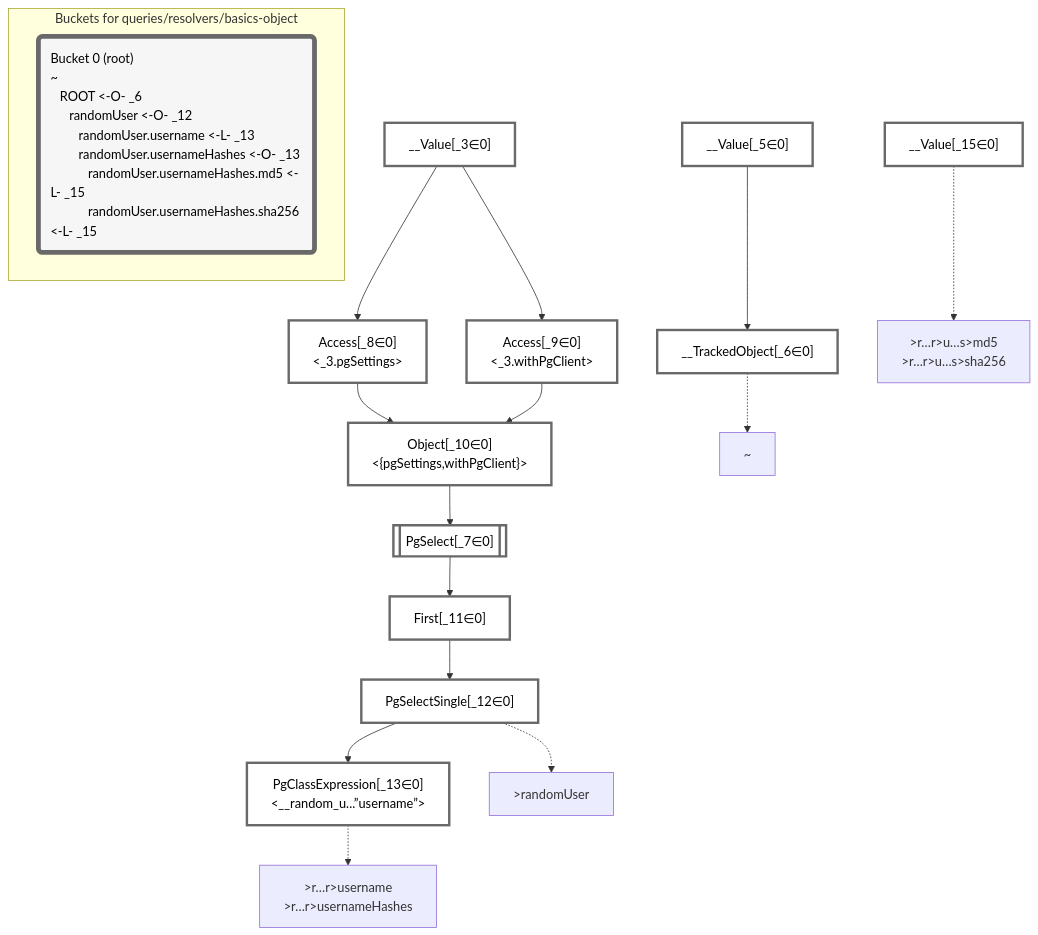
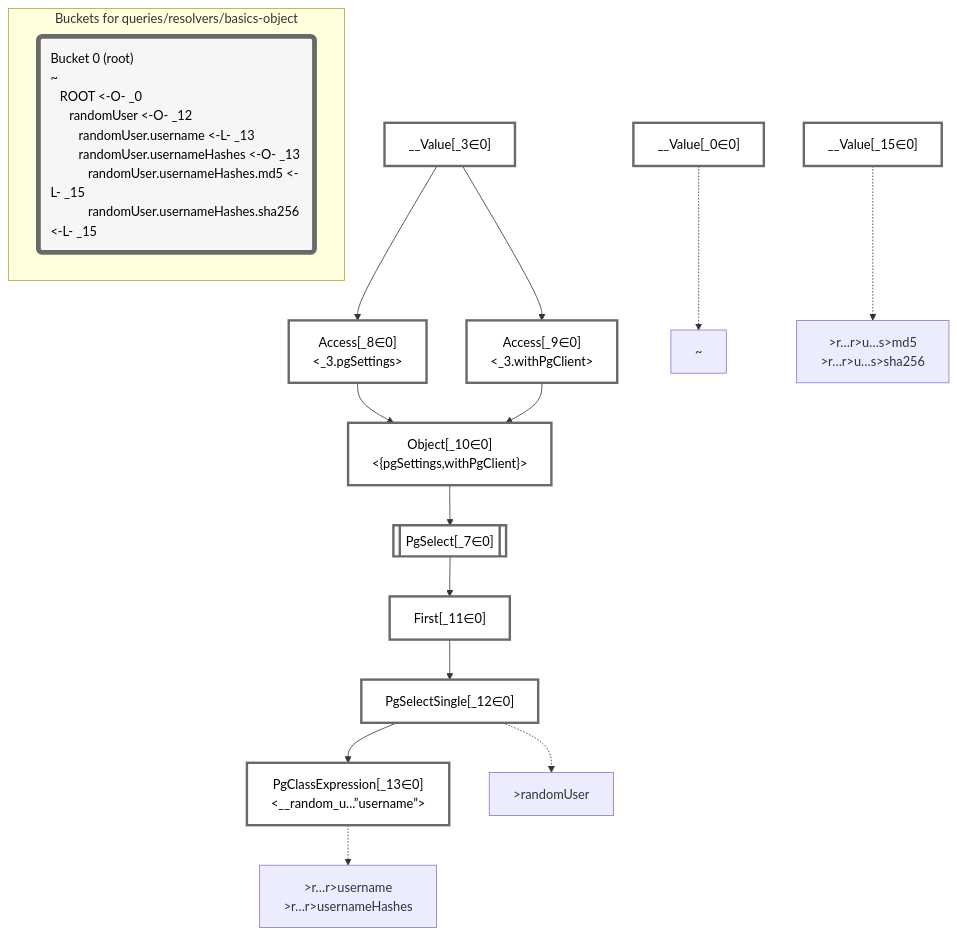
One commit to graphile/crystal changed the diagram in packages/dataplan-pg/__tests__/queries/resolvers/basics-object.mermaid.md. Above: the diagram before and after it, drawn with Mermaid. The commit also changed 193 other files, not shown here.

Commit message:
Update test plan snapshots with new root plan

````diff
--- a/packages/dataplan-pg/__tests__/queries/resolvers/basics-object.mermaid.md
+++ b/packages/dataplan-pg/__tests__/queries/resolvers/basics-object.mermaid.md
@@ -1,52 +1,50 @@
 ```mermaid
 graph TD
     classDef path fill:#eee,stroke:#000,color:#000
     classDef plan fill:#fff,stroke-width:3px,color:#000
     classDef itemplan fill:#fff,stroke-width:6px,color:#000
     classDef sideeffectplan fill:#f00,stroke-width:6px,color:#000
     classDef bucket fill:#f6f6f6,color:#000,stroke-width:6px,text-align:left
 
 
     %% define plans
+    __Value_0["__Value[_0∈0]"]:::plan
     __Value_3["__Value[_3∈0]<br /><context>"]:::plan
-    __Value_5["__Value[_5∈0]<br /><rootValue>"]:::plan
-    __TrackedObject_6["__TrackedObject[_6∈0]"]:::plan
     PgSelect_7[["PgSelect[_7∈0]<br /><random_user>"]]:::plan
     Access_8["Access[_8∈0]<br /><_3.pgSettings>"]:::plan
     Access_9["Access[_9∈0]<br /><_3.withPgClient>"]:::plan
     Object_10["Object[_10∈0]<br /><{pgSettings,withPgClient}>"]:::plan
     First_11["First[_11∈0]"]:::plan
     PgSelectSingle_12["PgSelectSingle[_12∈0]<br /><users>"]:::plan
     PgClassExpression_13["PgClassExpression[_13∈0]<br /><__random_u...”username”>"]:::plan
     __Value_15["__Value[_15∈0]"]:::plan
 
     %% plan dependencies
-    __Value_5 --> __TrackedObject_6
     Object_10 --> PgSelect_7
     __Value_3 --> Access_8
     __Value_3 --> Access_9
     Access_8 --> Object_10
     Access_9 --> Object_10
     PgSelect_7 --> First_11
     First_11 --> PgSelectSingle_12
     PgSelectSingle_12 --> PgClassExpression_13
 
     %% plan-to-path relationships
-    P_6["~"]
-    __TrackedObject_6 -.-> P_6
+    P_0["~"]
+    __Value_0 -.-> P_0
     P_12[">randomUser"]
     PgSelectSingle_12 -.-> P_12
     P_13[">r…r>username<br />>r…r>usernameHashes"]
     PgClassExpression_13 -.-> P_13
     P_15[">r…r>u…s>md5<br />>r…r>u…s>sha256"]
     __Value_15 -.-> P_15
 
     %% allocate buckets
     classDef bucket0 stroke:#696969
-    class __Value_3,__Value_5,__TrackedObject_6,PgSelect_7,Access_8,Access_9,Object_10,First_11,PgSelectSingle_12,PgClassExpression_13,__Value_15 bucket0
+    class __Value_0,__Value_3,PgSelect_7,Access_8,Access_9,Object_10,First_11,PgSelectSingle_12,PgClassExpression_13,__Value_15 bucket0
 
     subgraph "Buckets for queries/resolvers/basics-object"
-    Bucket0("Bucket 0 (root)<br />~<br />⠀ROOT <-O- _6<br />⠀⠀randomUser <-O- _12<br />⠀⠀⠀randomUser.username <-L- _13<br />⠀⠀⠀randomUser.usernameHashes <-O- _13<br />⠀⠀⠀⠀randomUser.usernameHashes.md5 <-L- _15<br />⠀⠀⠀⠀randomUser.usernameHashes.sha256 <-L- _15"):::bucket
+    Bucket0("Bucket 0 (root)<br />~<br />⠀ROOT <-O- _0<br />⠀⠀randomUser <-O- _12<br />⠀⠀⠀randomUser.username <-L- _13<br />⠀⠀⠀randomUser.usernameHashes <-O- _13<br />⠀⠀⠀⠀randomUser.usernameHashes.md5 <-L- _15<br />⠀⠀⠀⠀randomUser.usernameHashes.sha256 <-L- _15"):::bucket
     style Bucket0 stroke:#696969
     end
 ```
````
